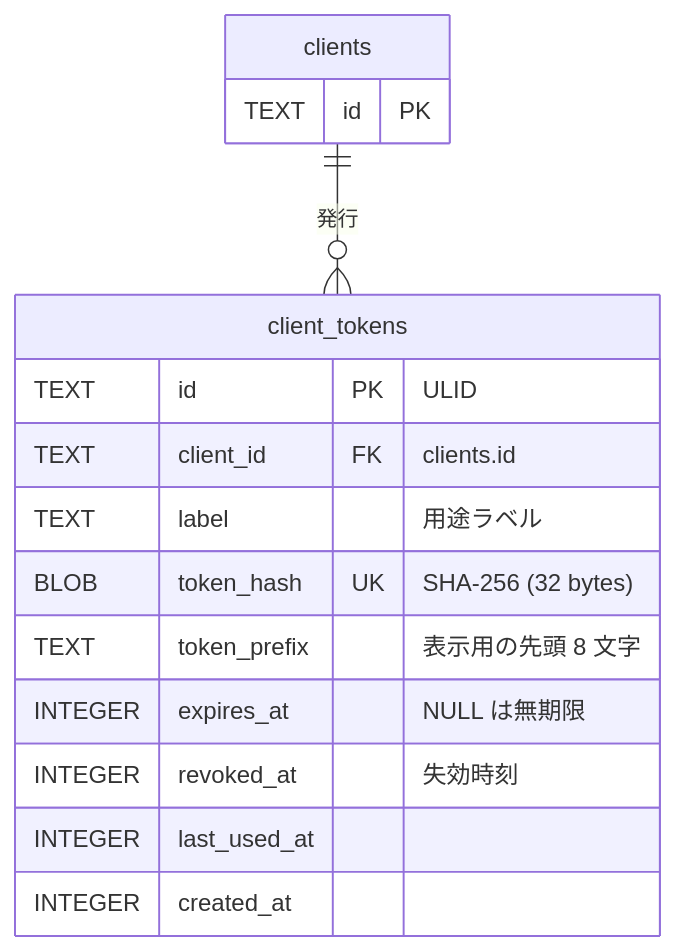
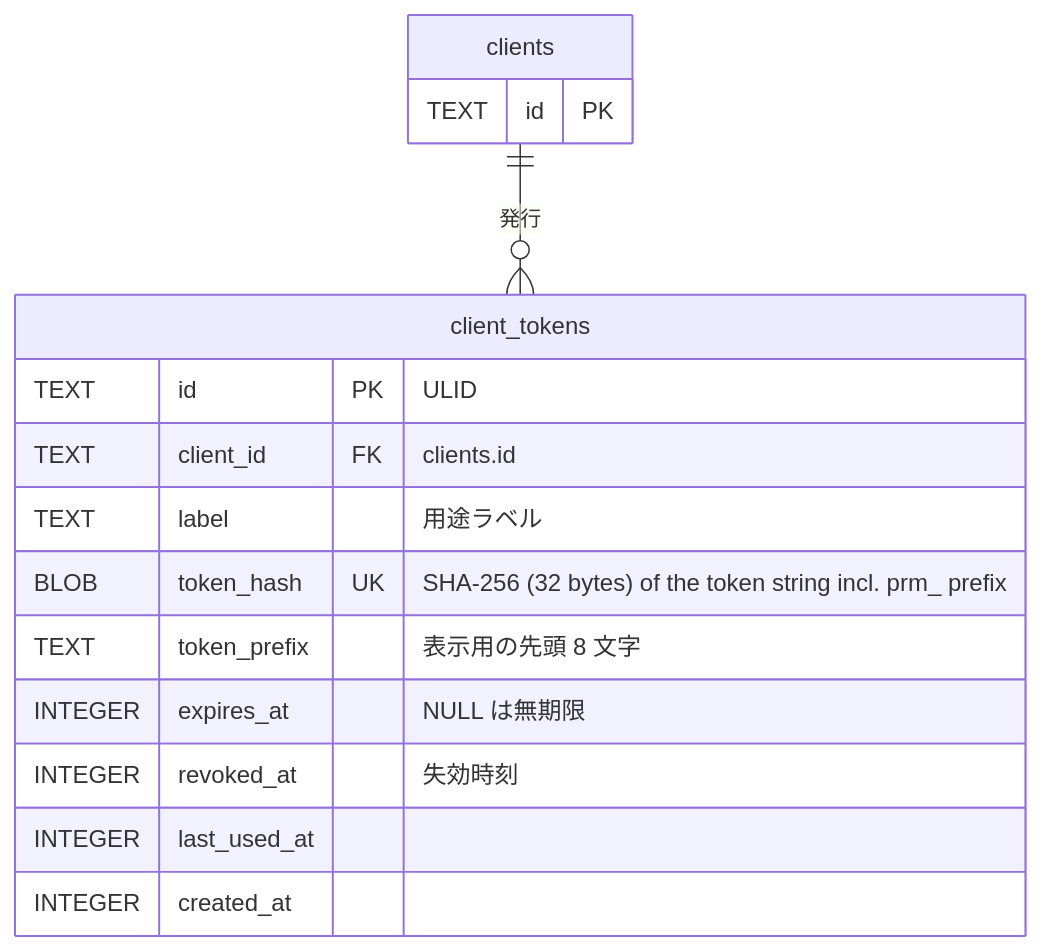
The third of 8 diagrams in docs/architecture/er.md (ousiassllc/puppet-remo), drawn with Mermaid before and after one commit. The commit also changed other lines of this file and 7 other files, not shown here.

````diff
--- a/docs/architecture/er.md
+++ b/docs/architecture/er.md
@@ -107,18 +107,18 @@
 ```mermaid
 erDiagram
     client_tokens {
         TEXT id PK "ULID"
         TEXT client_id FK "clients.id"
         TEXT label "用途ラベル"
-        BLOB token_hash UK "SHA-256 (32 bytes)"
+        BLOB token_hash UK "SHA-256 (32 bytes) of the token string incl. prm_ prefix"
         TEXT token_prefix "表示用の先頭 8 文字"
         INTEGER expires_at "NULL は無期限"
         INTEGER revoked_at "失効時刻"
         INTEGER last_used_at
         INTEGER created_at
     }
     clients {
         TEXT id PK
     }
     clients ||--o{ client_tokens : "発行"
 ```
````
